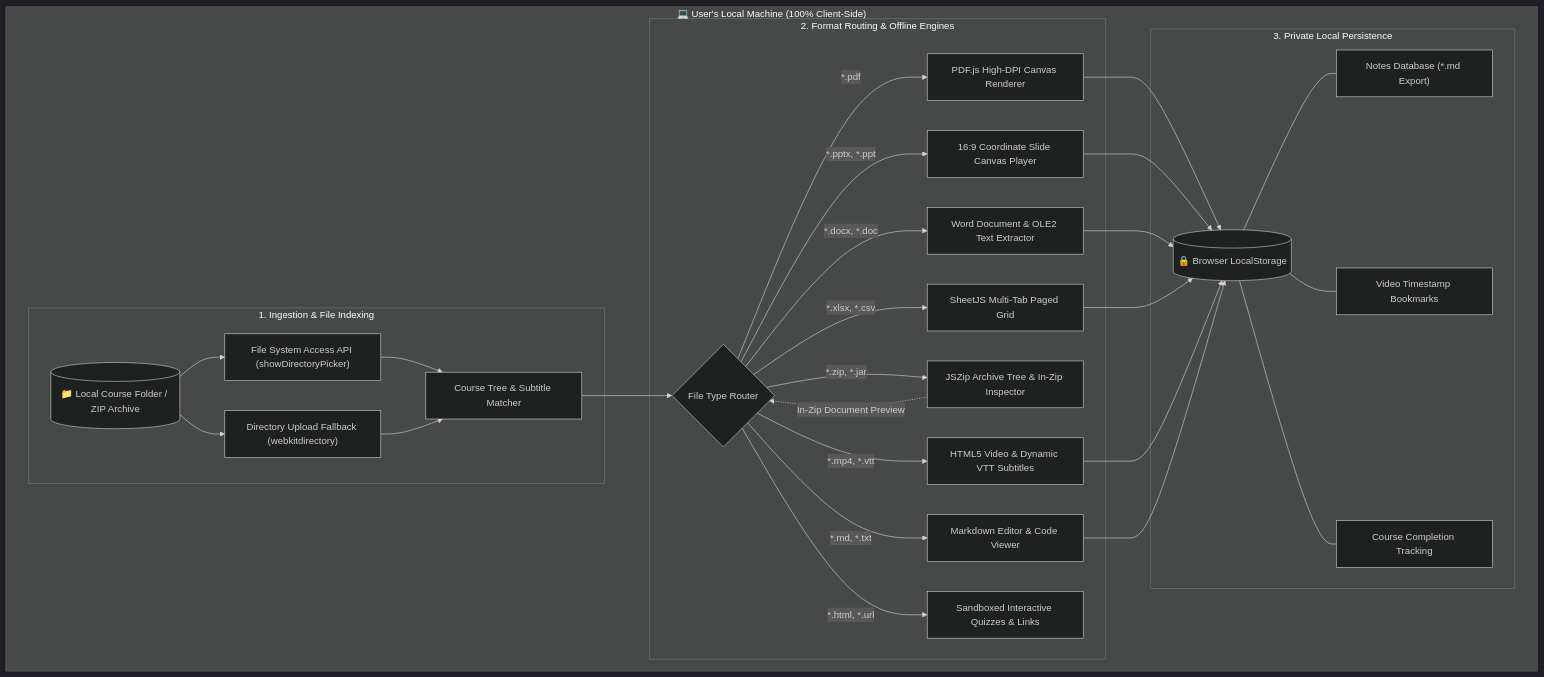
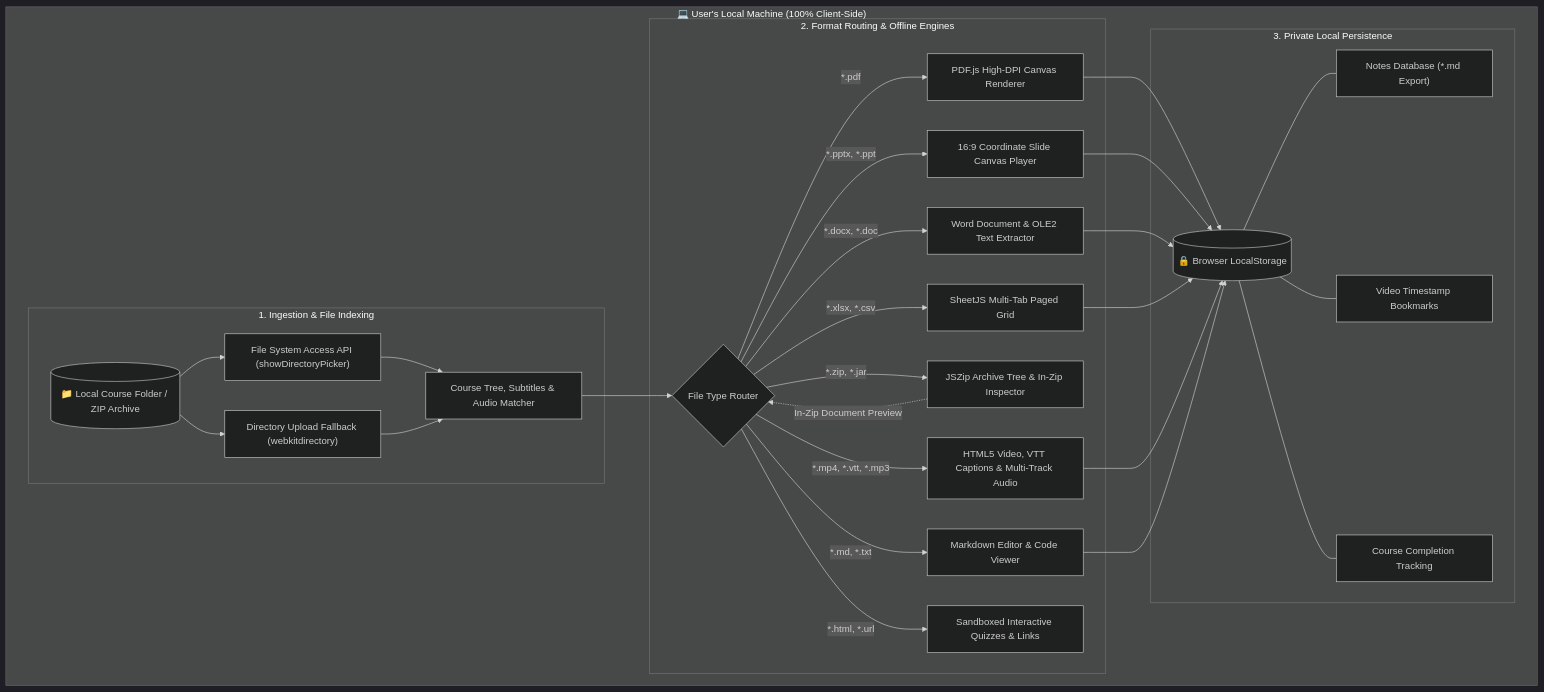
The first of 2 diagrams in README.md (Akhil-Binu/Akhil-Orbit-Player), drawn with Mermaid (dark theme) before and after one commit. The commit also changed other lines of this file and 42 other files, not shown here.

````diff
--- a/README.md
+++ b/README.md
@@ -20,37 +21,37 @@
 ```mermaid
 flowchart TD
     subgraph ClientDevice["💻 User's Local Machine (100% Client-Side)"]
         Folder[("📁 Local Course Folder / ZIP Archive")]
         
         subgraph Ingestion["1. Ingestion & File Indexing"]
             FSA["File System Access API (showDirectoryPicker)"]
             Fallback["Directory Upload Fallback (webkitdirectory)"]
             Folder --> FSA
             Folder --> Fallback
-            FSA --> Parser["Course Tree & Subtitle Matcher"]
+            FSA --> Parser["Course Tree, Subtitles & Audio Matcher"]
             Fallback --> Parser
         end
 
         subgraph Engines["2. Format Routing & Offline Engines"]
             Parser --> Router{"File Type Router"}
             
             Router -->|"*.pdf"| PDF["PDF.js High-DPI Canvas Renderer"]
             Router -->|"*.pptx, *.ppt"| PPTX["16:9 Coordinate Slide Canvas Player"]
             Router -->|"*.docx, *.doc"| DOCX["Word Document & OLE2 Text Extractor"]
             Router -->|"*.xlsx, *.csv"| XLSX["SheetJS Multi-Tab Paged Grid"]
             Router -->|"*.zip, *.jar"| ZIP["JSZip Archive Tree & In-Zip Inspector"]
-            Router -->|"*.mp4, *.vtt"| Video["HTML5 Video & Dynamic VTT Subtitles"]
+            Router -->|"*.mp4, *.vtt, *.mp3"| Video["HTML5 Video, VTT Captions & Multi-Track Audio"]
             Router -->|"*.md, *.txt"| Notes["Markdown Editor & Code Viewer"]
             Router -->|"*.html, *.url"| Quiz["Sandboxed Interactive Quizzes & Links"]
             
             ZIP -.->|"In-Zip Document Preview"| Router
         end
 
         subgraph Storage["3. Private Local Persistence"]
             PDF & PPTX & DOCX & XLSX & Video & Notes --> LocalStorage[("🔒 Browser LocalStorage")]
             LocalStorage --- Key1["Notes Database (*.md Export)"]
             LocalStorage --- Key2["Video Timestamp Bookmarks"]
             LocalStorage --- Key3["Course Completion Tracking"]
         end
     end
 ```
````
